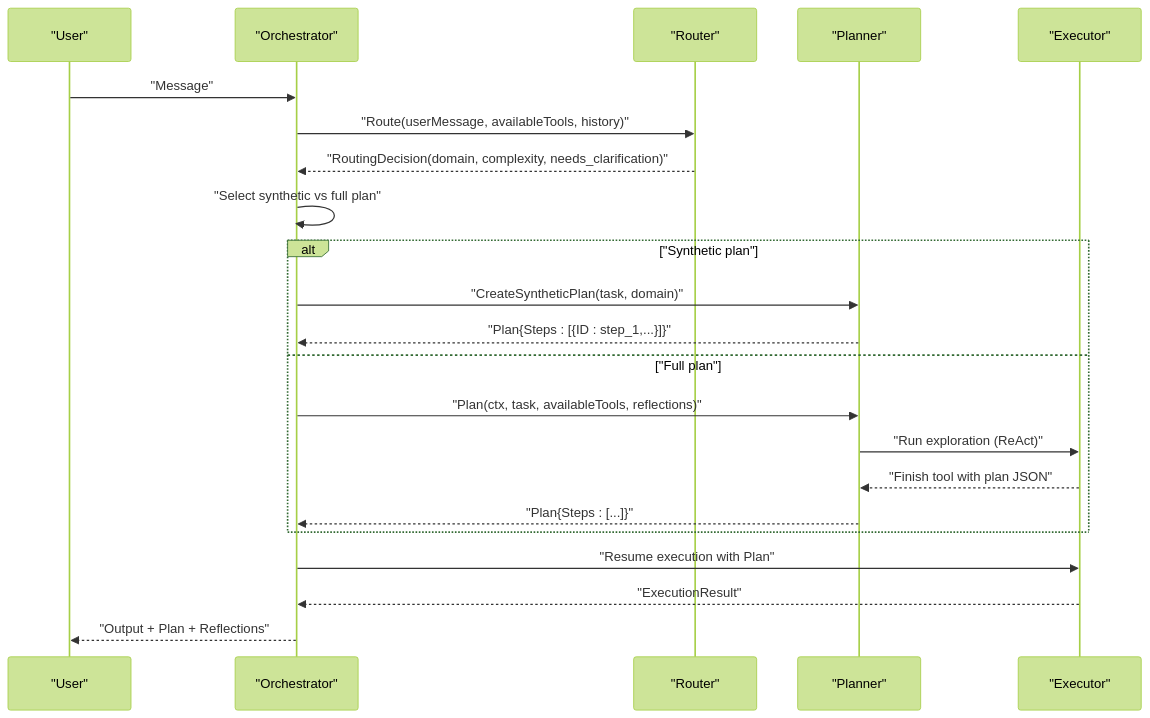
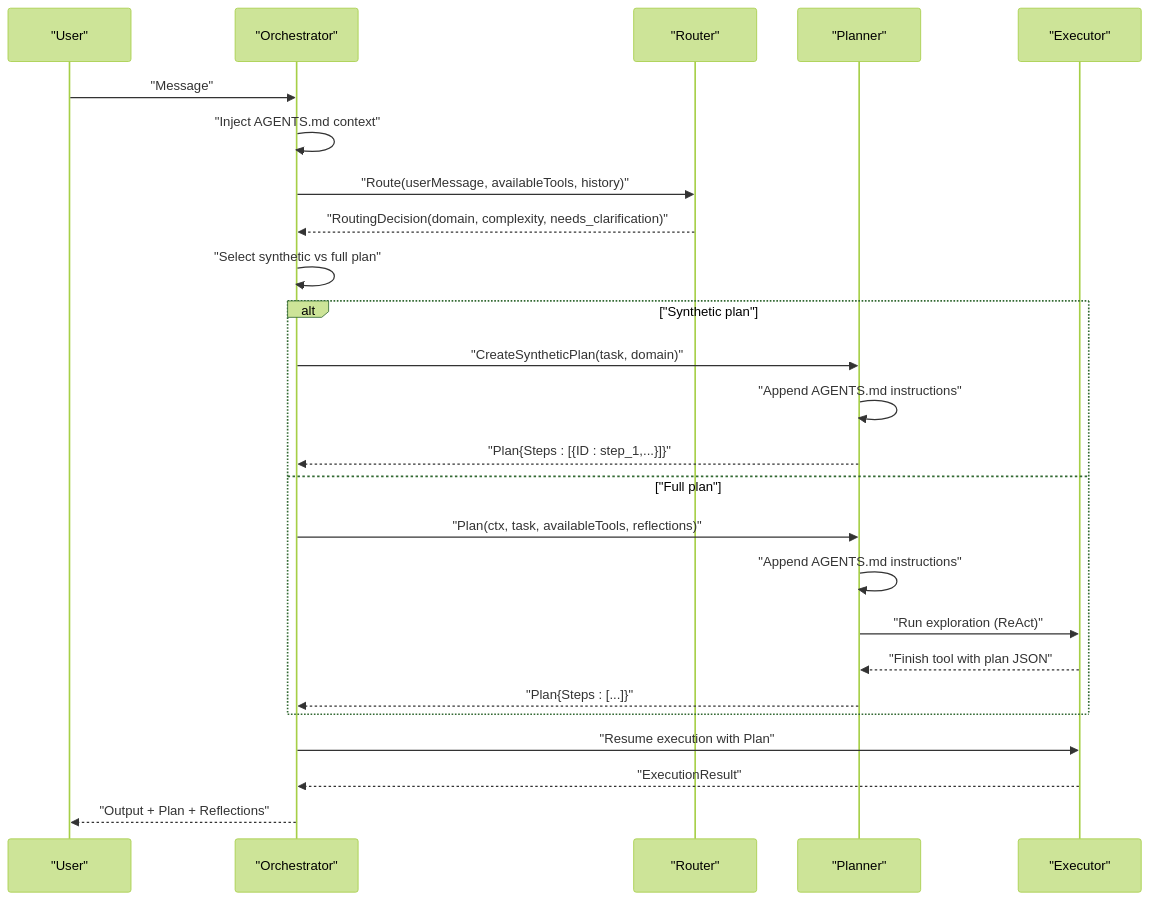
One commit to v0lka/c0wrk changed the second of 10 diagrams in .qoder/repowiki/en/content/Core AI Engine/Planner System.md. Above: the diagram before and after it, drawn with Mermaid (forest theme). The commit also changed other lines of this file and 80 other files, not shown here.

````diff
--- a/.qoder/repowiki/en/content/Core AI Engine/Planner System.md
+++ b/.qoder/repowiki/en/content/Core AI Engine/Planner System.md
@@ -125,24 +144,27 @@
 ```mermaid
 sequenceDiagram
 participant User as "User"
 participant Orchestrator as "Orchestrator"
 participant Router as "Router"
 participant Planner as "Planner"
 participant Executor as "Executor"
 User->>Orchestrator : "Message"
+Orchestrator->>Orchestrator : "Inject AGENTS.md context"
 Orchestrator->>Router : "Route(userMessage, availableTools, history)"
 Router-->>Orchestrator : "RoutingDecision(domain, complexity, needs_clarification)"
 Orchestrator->>Orchestrator : "Select synthetic vs full plan"
 alt "Synthetic plan"
 Orchestrator->>Planner : "CreateSyntheticPlan(task, domain)"
+Planner->>Planner : "Append AGENTS.md instructions"
 Planner-->>Orchestrator : "Plan{Steps : [{ID : step_1,...}]}"
 else "Full plan"
 Orchestrator->>Planner : "Plan(ctx, task, availableTools, reflections)"
+Planner->>Planner : "Append AGENTS.md instructions"
 Planner->>Executor : "Run exploration (ReAct)"
 Executor-->>Planner : "Finish tool with plan JSON"
 Planner-->>Orchestrator : "Plan{Steps : [...]}"
 end
 Orchestrator->>Executor : "Resume execution with Plan"
 Executor-->>Orchestrator : "ExecutionResult"
 Orchestrator-->>User : "Output + Plan + Reflections"
 ```
````
